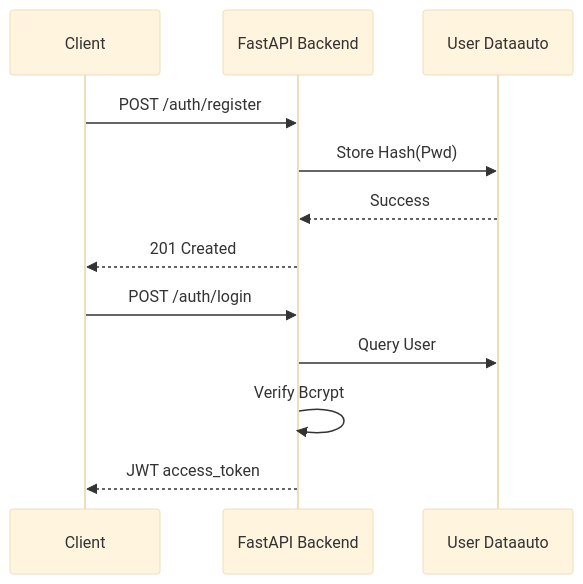
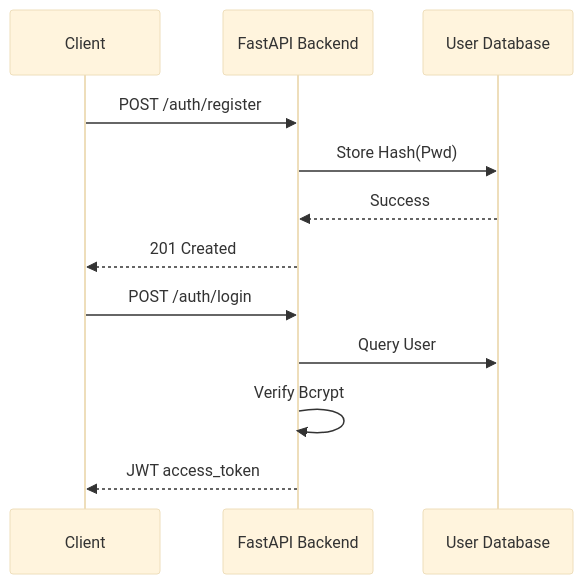
Before and after one commit to Ab-aswini/Agent-kit-P1: the sixth of 10 diagrams in README.md, drawn with Mermaid (base theme). The commit also changed other lines of this file and 2 other files, not shown here.

Commit message:
feat: finalized NPX distribution logic and synced Mermaid themes to auto

````diff
--- a/README.md
+++ b/README.md
@@ -223,16 +222,16 @@
 ```mermaid
 sequenceDiagram
     participant Client
     participant API as FastAPI Backend
-    participant DB as User Dataauto
+    participant DB as User Database
 
     Client->>API: POST /auth/register
     API->>DB: Store Hash(Pwd)
     DB-->>API: Success
     API-->>Client: 201 Created
     
     Client->>API: POST /auth/login
     API->>DB: Query User
     API->>API: Verify Bcrypt
     API-->>Client: JWT access_token
 ```
````
